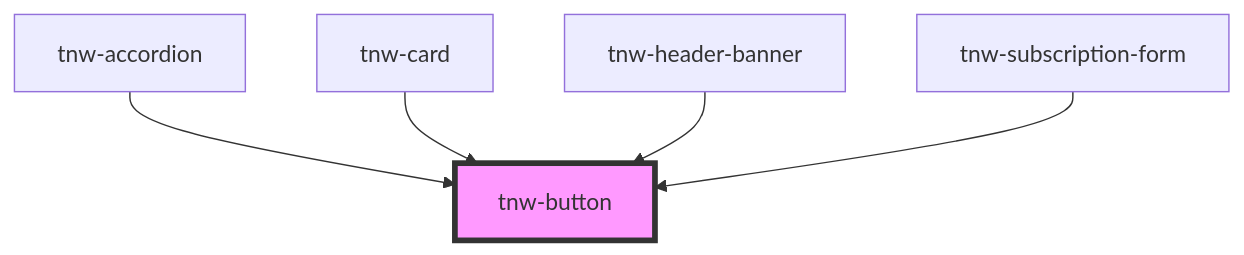
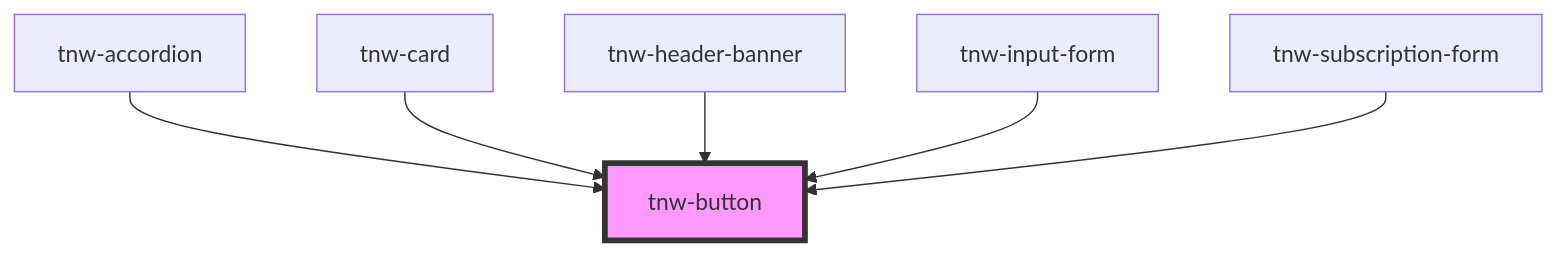
The diagram in packages/stencil-library/src/components/tnw-button/readme.md (technway/technway-component-library), drawn with Mermaid before and after one commit. The commit also changed other lines of this file and 14 other files, not shown here.

Commit message:
feat: tnw-input-form not stable

````diff
--- a/packages/stencil-library/src/components/tnw-button/readme.md
+++ b/packages/stencil-library/src/components/tnw-button/readme.md
@@ -92,8 +93,9 @@
 ```mermaid
 graph TD;
   tnw-accordion --> tnw-button
   tnw-card --> tnw-button
   tnw-header-banner --> tnw-button
+  tnw-input-form --> tnw-button
   tnw-subscription-form --> tnw-button
   style tnw-button fill:#f9f,stroke:#333,stroke-width:4px
 ```
````
